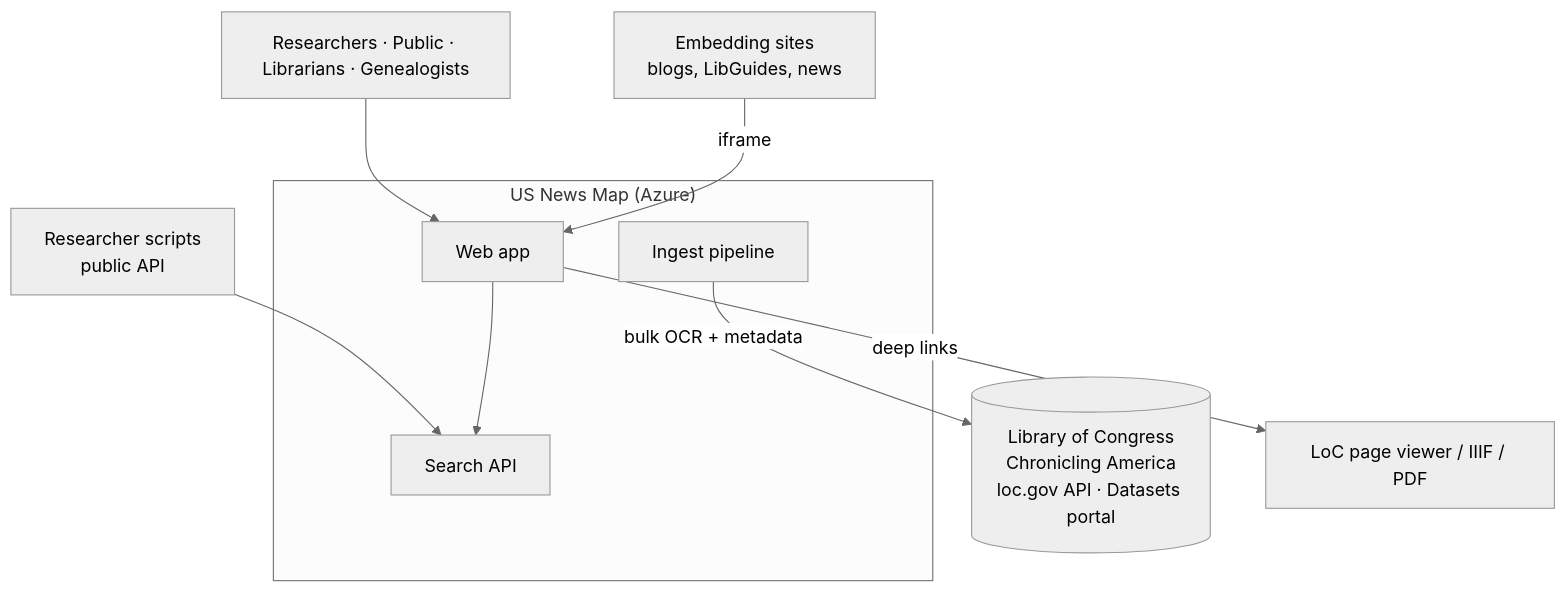
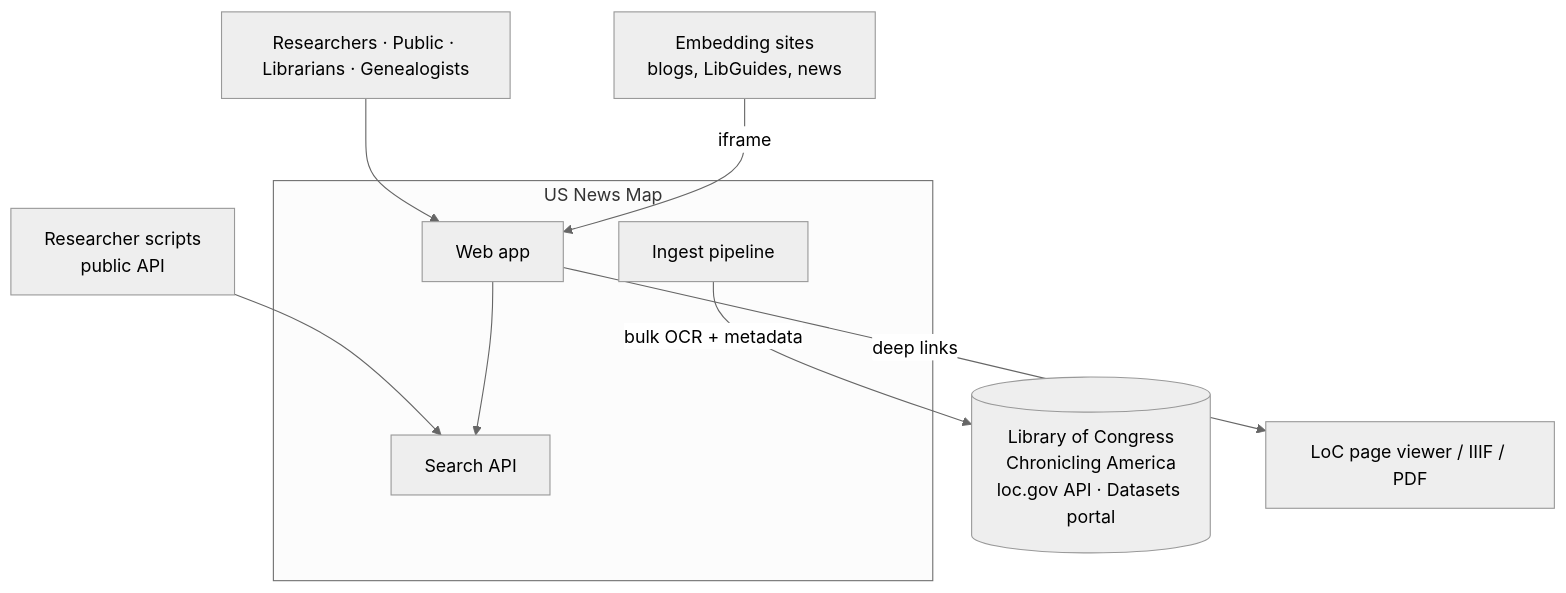
Before and after one commit to tgoodyear/usnewsmap.com: the first of 4 diagrams in docs/design/03-architecture-overview.md, drawn with Mermaid (neutral theme). The commit also changed other lines of this file and 4 other files, not shown here.

First line of the commit message:
docs(design): architecture, Azure, operations and roadmap as they stand now

````diff
--- a/docs/design/03-architecture-overview.md
+++ b/docs/design/03-architecture-overview.md
@@ -15,19 +15,19 @@
 ```mermaid
 flowchart TB
   U[Researchers · Public · Librarians · Genealogists]
   E[Embedding sites<br/>blogs, LibGuides, news]
   R[Researcher scripts<br/>public API]
-  subgraph USNM["US News Map (Azure)"]
+  subgraph USNM["US News Map"]
     W[Web app]
     API[Search API]
     ING[Ingest pipeline]
   end
   LOC[(Library of Congress<br/>Chronicling America<br/>loc.gov API · Datasets portal)]
   LOCV[LoC page viewer / IIIF / PDF]
   U --> W
   E -->|iframe| W
   R --> API
   W --> API
   ING -->|bulk OCR + metadata| LOC
   W -->|deep links| LOCV
 ```
````
